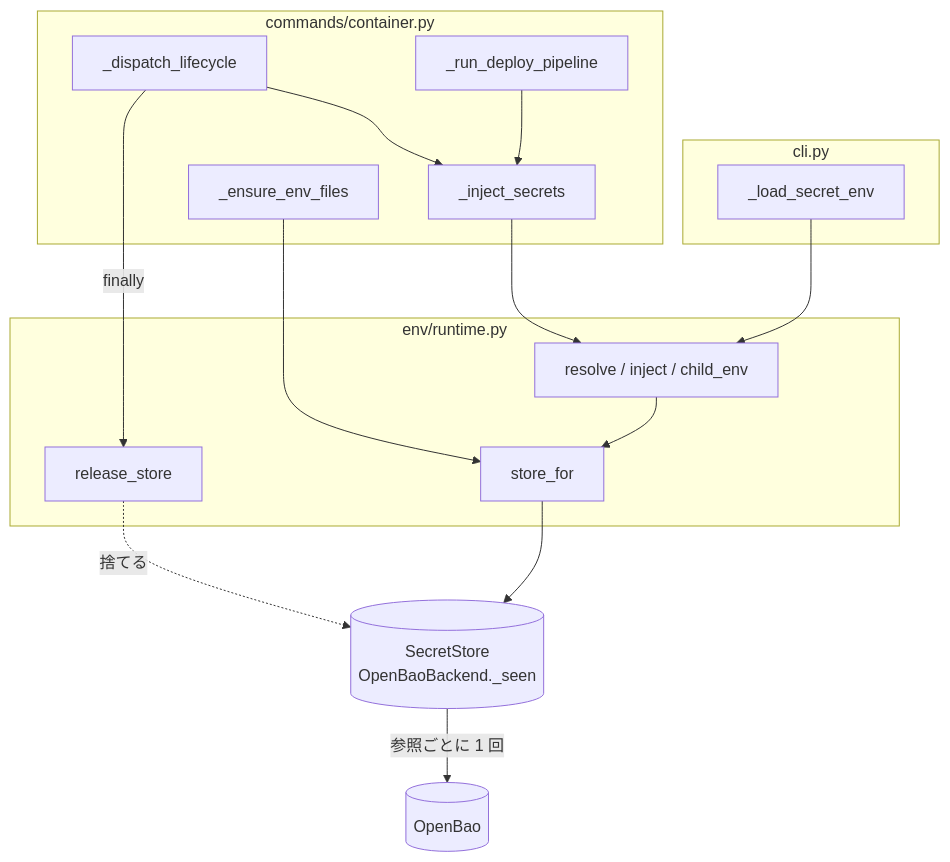
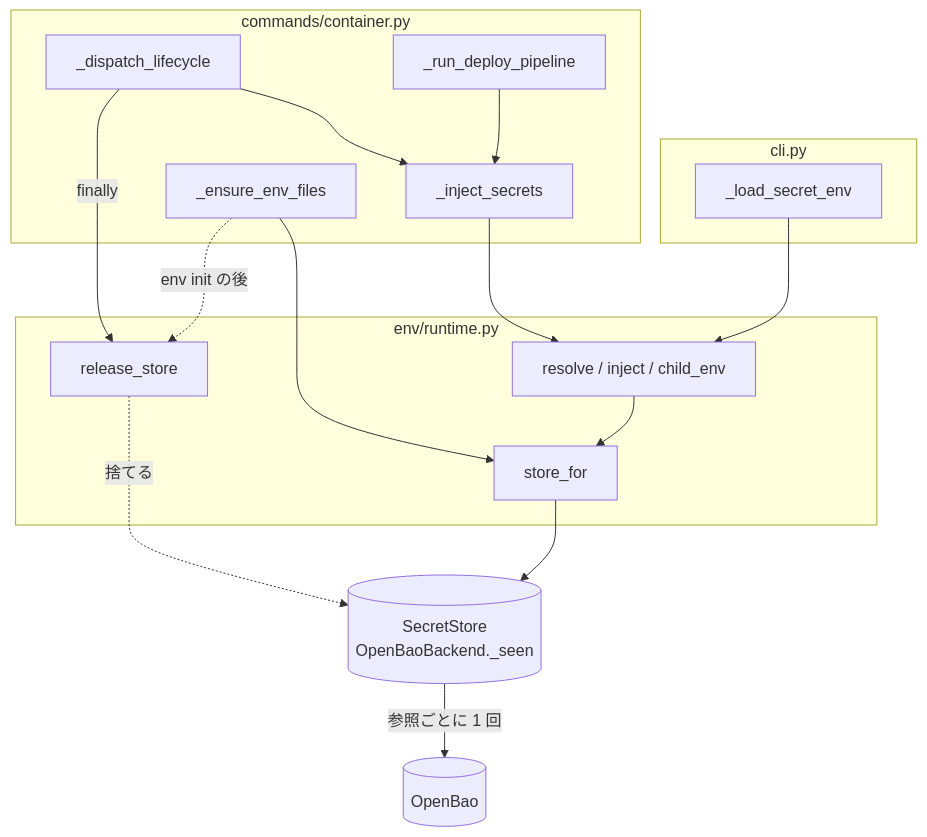
The first of 3 diagrams in issues/PLAN55_up-single-injection-design.md (devbasex/devbase), drawn with Mermaid before and after one commit. The commit also changed other lines of this file and 1 other file, not shown here.

First line of the commit message:
docs(PLAN55): env init の後に控えを捨てて読み直す規則（決定 5）と往復数の表の精度

````diff
--- a/issues/PLAN55_up-single-injection-design.md
+++ b/issues/PLAN55_up-single-injection-design.md
@@ -34,29 +35,30 @@
 ```mermaid
 graph TD
     subgraph cli [cli.py]
         LOAD[_load_secret_env]
     end
     subgraph container [commands/container.py]
         DL[_dispatch_lifecycle]
         INJ[_inject_secrets]
         ENS[_ensure_env_files]
         DEP[_run_deploy_pipeline]
     end
     subgraph runtime [env/runtime.py]
         SF[store_for]
         RS[release_store]
         RES[resolve / inject / child_env]
     end
     ST[(SecretStore<br/>OpenBaoBackend._seen)]
     SRV[(OpenBao)]
     LOAD --> RES
     DL --> INJ
     DL -->|finally| RS
     INJ --> RES
     ENS --> SF
+    ENS -.env init の後.-> RS
     DEP --> INJ
     RES --> SF
     SF --> ST
     RS -.捨てる.-> ST
     ST -->|参照ごとに 1 回| SRV
 ```
````
